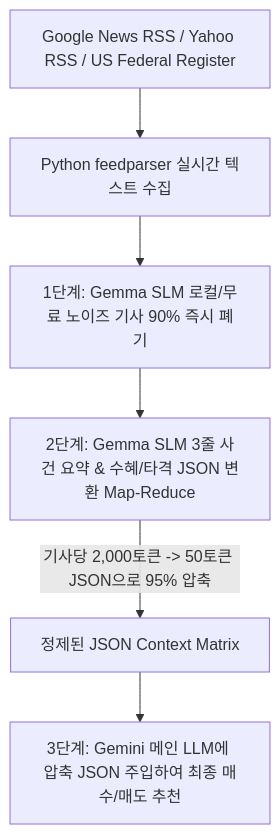
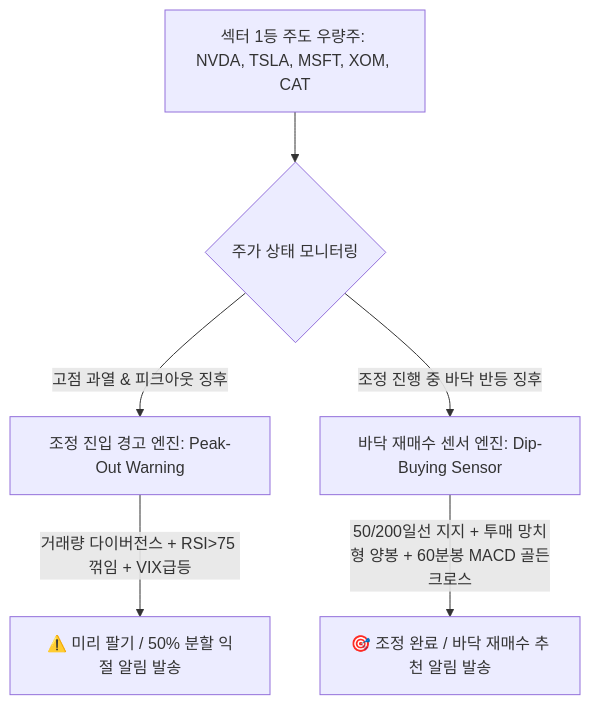
Before and after one commit to tjrdlsck/StockLatte: the diagram in docs/proposals/MACRO_STOCK_RECOMMENDATION_PROPOSAL.md, drawn with Mermaid. The commit also changed other lines of this file, not shown here.

First line of the commit message:
[docs]: 섹터 1등 우량주 조정 진입 경고 및 바닥 재매수 센서 파이프라인 추가

````diff
--- a/docs/proposals/MACRO_STOCK_RECOMMENDATION_PROPOSAL.md
+++ b/docs/proposals/MACRO_STOCK_RECOMMENDATION_PROPOSAL.md
@@ -22,8 +22,8 @@
 ```mermaid
 flowchart TD
-    A[Google News RSS / Yahoo RSS / US Federal Register] --> B[Python feedparser 실시간 텍스트 수집]
-    B --> C[1단계: Gemma SLM 로컬/무료 노이즈 기사 90% 즉시 폐기]
-    C --> D[2단계: Gemma SLM 3줄 사건 요약 & 수혜/타격 JSON 변환 Map-Reduce]
-    D -- 기사당 2,000토큰 -> 50토큰 JSON으로 95% 압축 --> E[정제된 JSON Context Matrix]
-    E --> F[3단계: Gemini 메인 LLM에 압축 JSON 주입하여 최종 매수/매도 추천]
+    A[섹터 1등 주도 우량주: NVDA, TSLA, MSFT, XOM, CAT] --> B{주가 상태 모니터링}
+    B -- 고점 과열 & 피크아웃 징후 --> C[조정 진입 경고 엔진: Peak-Out Warning]
+    C -- 거래량 다이버전스 + RSI>75 꺾임 + VIX급등 --> D[⚠️ 미리 팔기 / 50% 분할 익절 알림 발송]
+    B -- 조정 진행 중 바닥 반등 징후 --> E[바닥 재매수 센서 엔진: Dip-Buying Sensor]
+    E -- 50/200일선 지지 + 투매 망치형 양봉 + 60분봉 MACD 골든크로스 --> F[🎯 조정 완료 / 바닥 재매수 추천 알림 발송]
 ```
````
